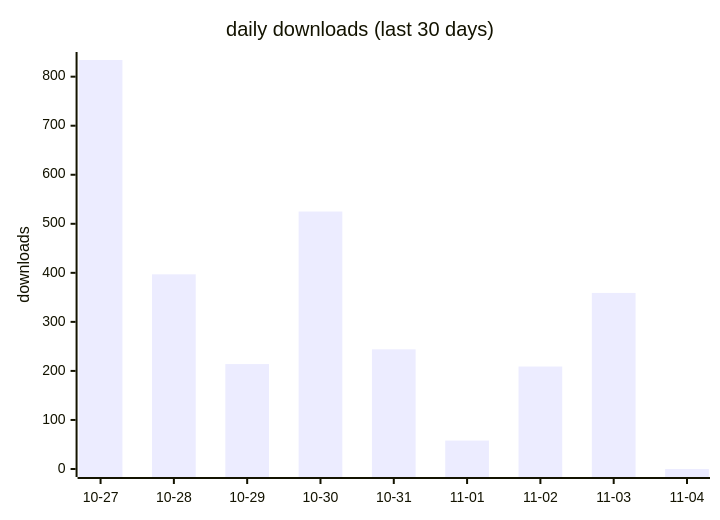
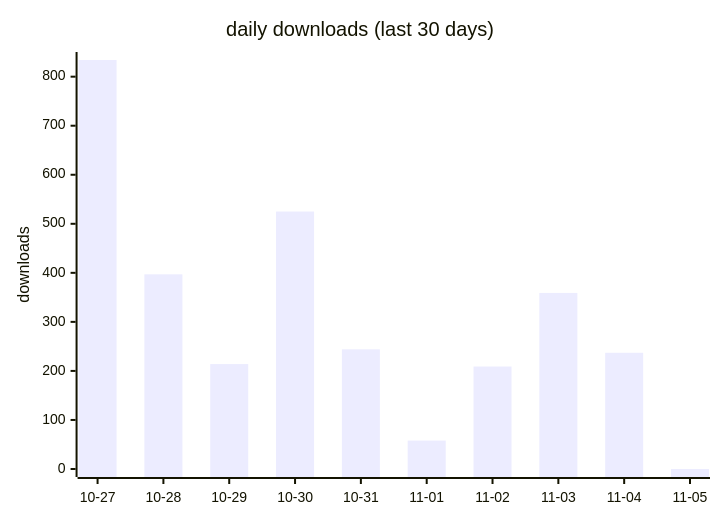
Before and after one commit to terry2010/dsh-rss-news-daily: the first of 2 diagrams in docs/downloads-2026.md, drawn with Mermaid. The commit also changed other lines of this file and 1 other file, not shown here.

````diff
--- a/docs/downloads-2026.md
+++ b/docs/downloads-2026.md
@@ -19,7 +19,7 @@
 ```mermaid
 xychart-beta
     title "daily downloads (last 30 days)"
-    x-axis ["10-27", "10-28", "10-29", "10-30", "10-31", "11-01", "11-02", "11-03", "11-04"]
+    x-axis ["10-27", "10-28", "10-29", "10-30", "10-31", "11-01", "11-02", "11-03", "11-04", "11-05"]
     y-axis "downloads" 0 --> 834
-    bar [834, 397, 214, 525, 244, 58, 209, 359, 0]
+    bar [834, 397, 214, 525, 244, 58, 209, 359, 237, 0]
 ```
````
